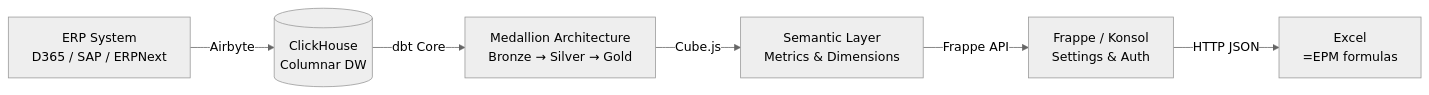
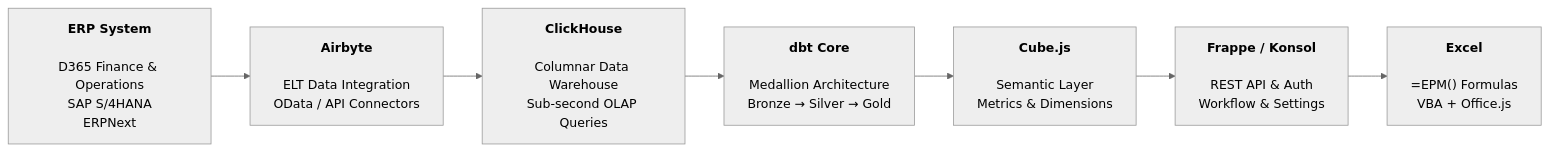
One commit to grynn-in/konsolidat changed the diagram in docs/developer-guide/developer-overview.md. Above: the diagram before and after it, drawn with Mermaid (neutral theme).

Commit message:
docs: enlarge architecture diagram boxes with multi-line descriptions

````diff
--- a/docs/developer-guide/developer-overview.md
+++ b/docs/developer-guide/developer-overview.md
@@ -36,8 +36,18 @@
 ```mermaid
 graph LR
-    ERP[ERP System<br/>D365 / SAP / ERPNext] -->|Airbyte| CH[(ClickHouse<br/>Columnar DW)]
-    CH -->|dbt Core| Medal[Medallion Architecture<br/>Bronze → Silver → Gold]
-    Medal -->|Cube.js| Cube[Semantic Layer<br/>Metrics & Dimensions]
-    Cube -->|Frappe API| Frappe[Frappe / Konsol<br/>Settings & Auth]
-    Frappe -->|HTTP JSON| Excel[Excel<br/>=EPM formulas]
+    ERP["<b>ERP System</b><br/><br/>D365 Finance & Operations<br/>SAP S/4HANA<br/>ERPNext"]
+
+    AIR["<b>Airbyte</b><br/><br/>ELT Data Integration<br/>OData / API Connectors"]
+
+    CH["<b>ClickHouse</b><br/><br/>Columnar Data Warehouse<br/>Sub-second OLAP Queries"]
+
+    DBT["<b>dbt Core</b><br/><br/>Medallion Architecture<br/>Bronze → Silver → Gold"]
+
+    CUBE["<b>Cube.js</b><br/><br/>Semantic Layer<br/>Metrics & Dimensions"]
+
+    FRAPPE["<b>Frappe / Konsol</b><br/><br/>REST API & Auth<br/>Workflow & Settings"]
+
+    EXCEL["<b>Excel</b><br/><br/>=EPM() Formulas<br/>VBA + Office.js"]
+
+    ERP --> AIR --> CH --> DBT --> CUBE --> FRAPPE --> EXCEL
 ```
````
